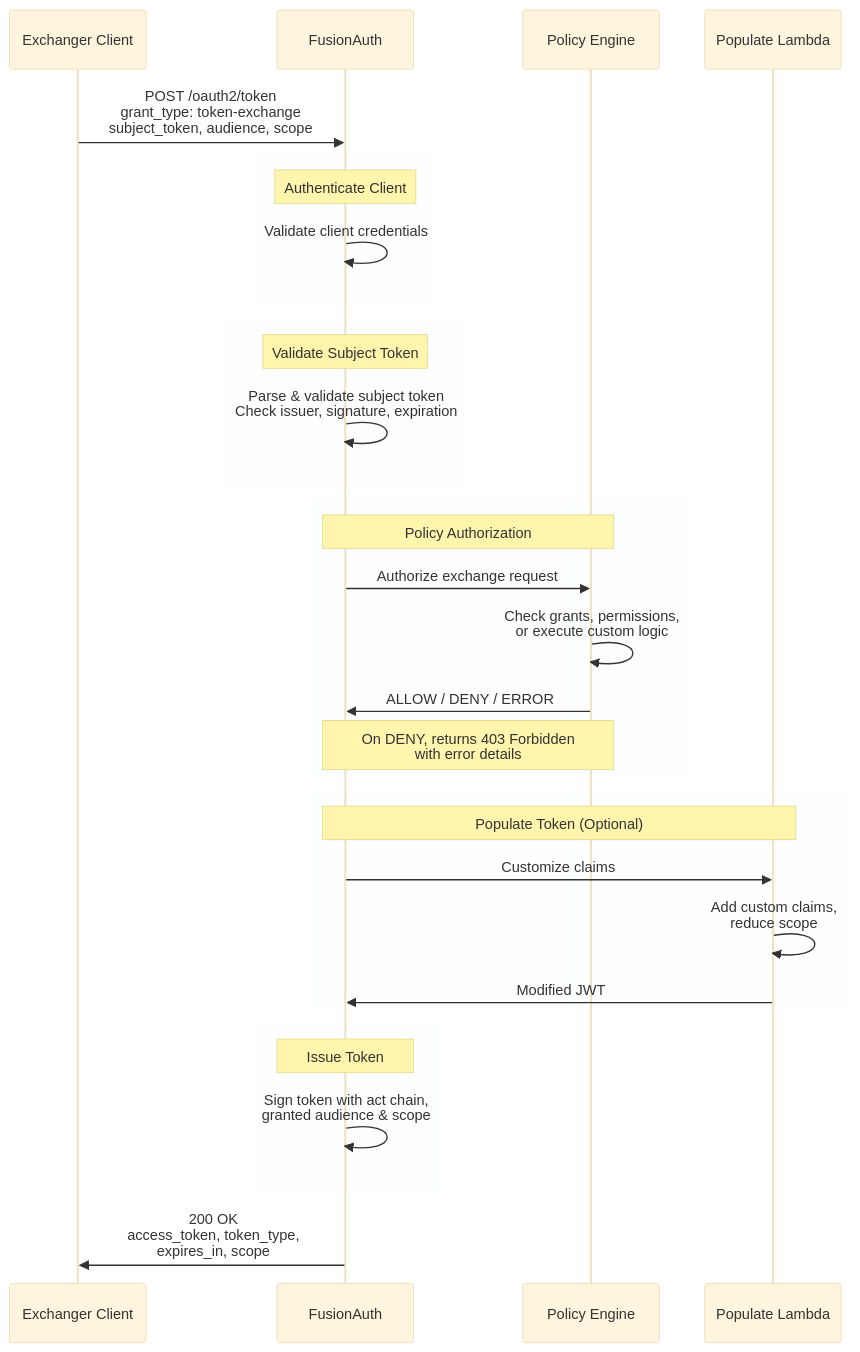
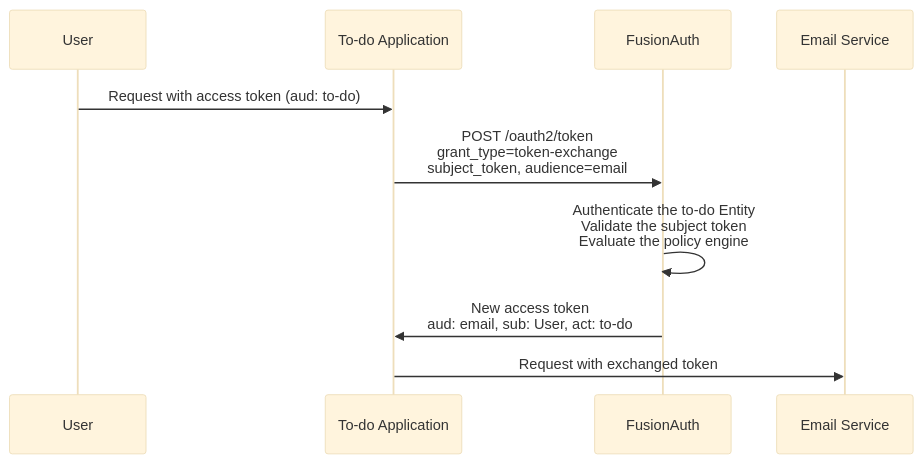
Before and after one commit to FusionAuth/fusionauth-site: the diagram in astro/src/content/docs/lifecycle/authenticate-users/oauth/token-exchange.mdx, drawn with Mermaid (base theme). The commit also changed other lines of this file and 24 other files, not shown here.

````diff
--- a/astro/src/content/docs/lifecycle/authenticate-users/oauth/token-exchange.mdx
+++ b/astro/src/content/docs/lifecycle/authenticate-users/oauth/token-exchange.mdx
@@ -53,42 +28,13 @@
 ```mermaid
 sequenceDiagram
-    participant Client as Exchanger Client
+    participant User
+    participant Todo as To-do Application
     participant FA as FusionAuth
-    participant Policy as Policy Engine
-    participant Lambda as Populate Lambda
+    participant Email as Email Service
 
-    Client->>FA: POST /oauth2/token<br/>grant_type: token-exchange<br/>subject_token, audience, scope
-
-    rect rgb(230, 245, 255, .1)
-        Note over FA: Authenticate Client
-        FA->>FA: Validate client credentials
-    end
-
-    rect rgb(230, 245, 255, .1)
-        Note over FA: Validate Subject Token
-        FA->>FA: Parse & validate subject token<br/>Check issuer, signature, expiration
-    end
-
-    rect rgb(230, 245, 255, .1)
-        Note over FA,Policy: Policy Authorization
-        FA->>Policy: Authorize exchange request
-        Policy->>Policy: Check grants, permissions,<br/>or execute custom logic
-        Policy->>FA: ALLOW / DENY / ERROR
-        Note over FA,Policy: On DENY, returns 403 Forbidden<br/>with error details
-    end
-
-    rect rgb(230, 245, 255, .1)
-        Note over FA,Lambda: Populate Token (Optional)
-        FA->>Lambda: Customize claims
-        Lambda->>Lambda: Add custom claims,<br/>reduce scope
-        Lambda->>FA: Modified JWT
-    end
-
-    rect rgb(230, 245, 255, .1)
-        Note over FA: Issue Token
-        FA->>FA: Sign token with act chain,<br/>granted audience & scope
-    end
-
-    FA->>Client: 200 OK<br/>access_token, token_type,<br/>expires_in, scope
-
+    User->>Todo: Request with access token (aud: to-do)
+    Todo->>FA: POST /oauth2/token<br/>grant_type=token-exchange<br/>subject_token, audience=email
+    FA->>FA: Authenticate the to-do Entity<br/>Validate the subject token<br/>Evaluate the policy engine
+    FA->>Todo: New access token<br/>aud: email, sub: User, act: to-do
+    Todo->>Email: Request with exchanged token
 ```
````
